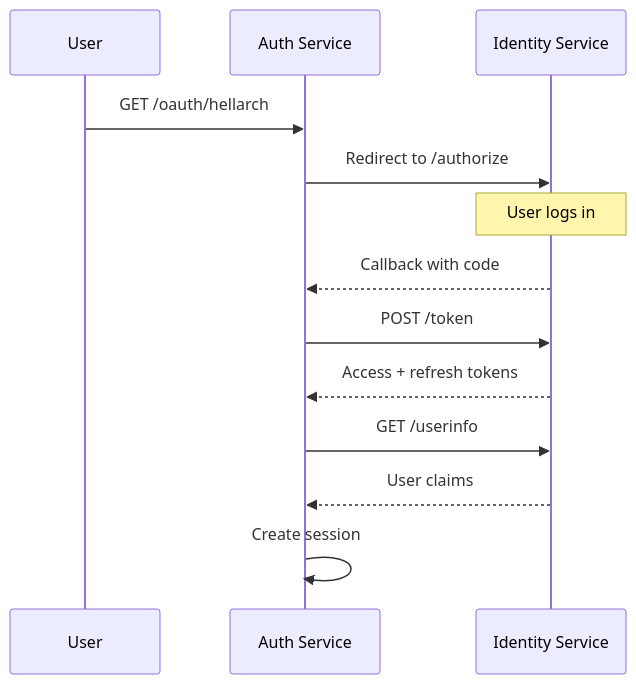
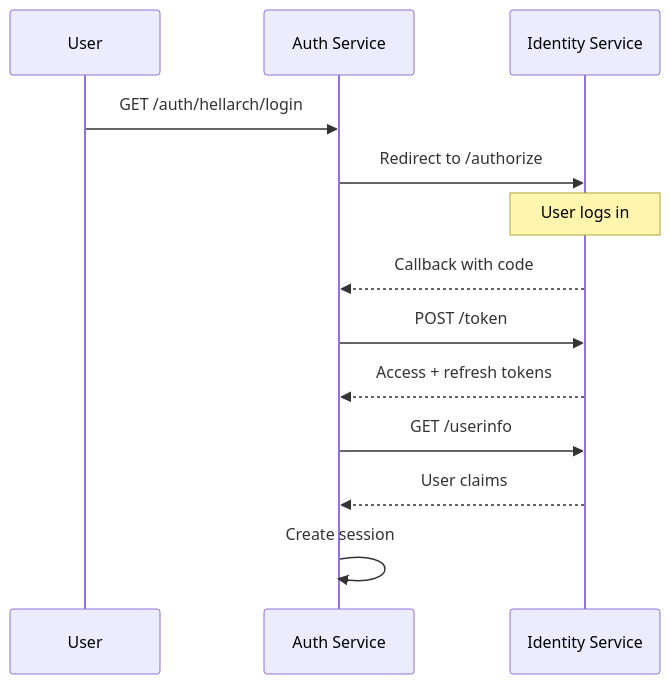
The fourth of 4 diagrams in docs/guide/services/identity.md (Nechja/hellArch), drawn with Mermaid before and after one commit. The commit also changed 6 other files, not shown here.

````diff
--- a/docs/guide/services/identity.md
+++ b/docs/guide/services/identity.md
@@ -273,16 +273,16 @@
 ```mermaid
 sequenceDiagram
     participant User
     participant Auth as Auth Service
     participant Identity as Identity Service
 
-    User->>Auth: GET /oauth/hellarch
+    User->>Auth: GET /auth/hellarch/login
     Auth->>Identity: Redirect to /authorize
     Note over Identity: User logs in
     Identity-->>Auth: Callback with code
     Auth->>Identity: POST /token
     Identity-->>Auth: Access + refresh tokens
     Auth->>Identity: GET /userinfo
     Identity-->>Auth: User claims
     Auth->>Auth: Create session
 ```
````
